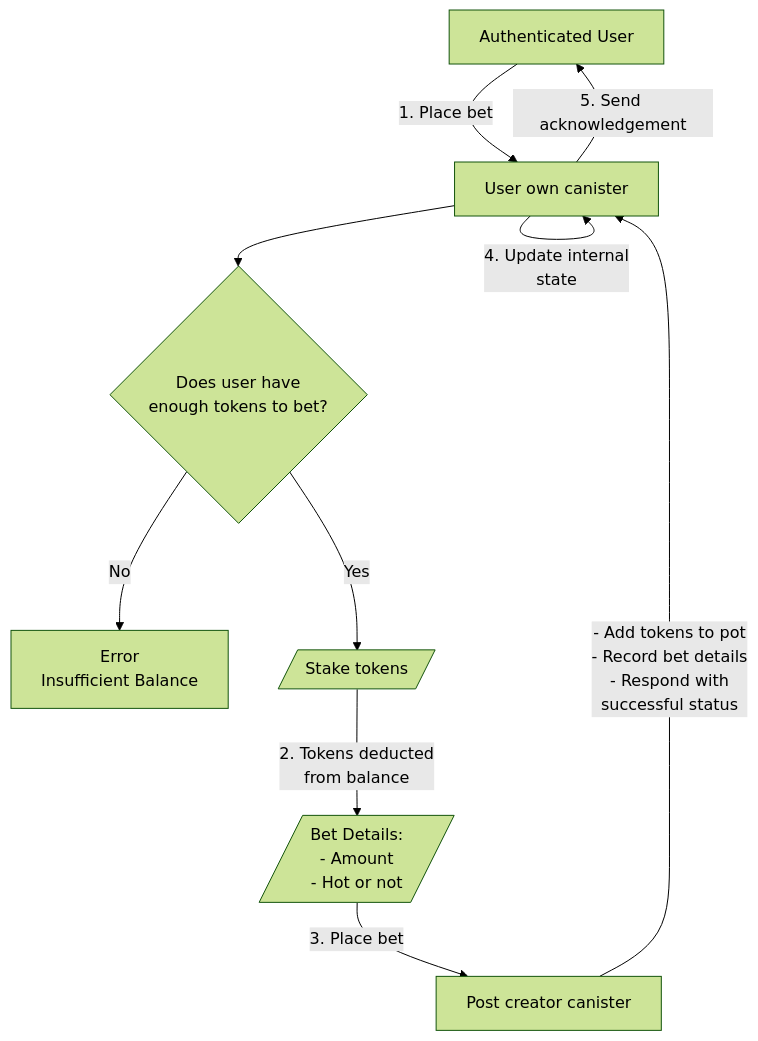
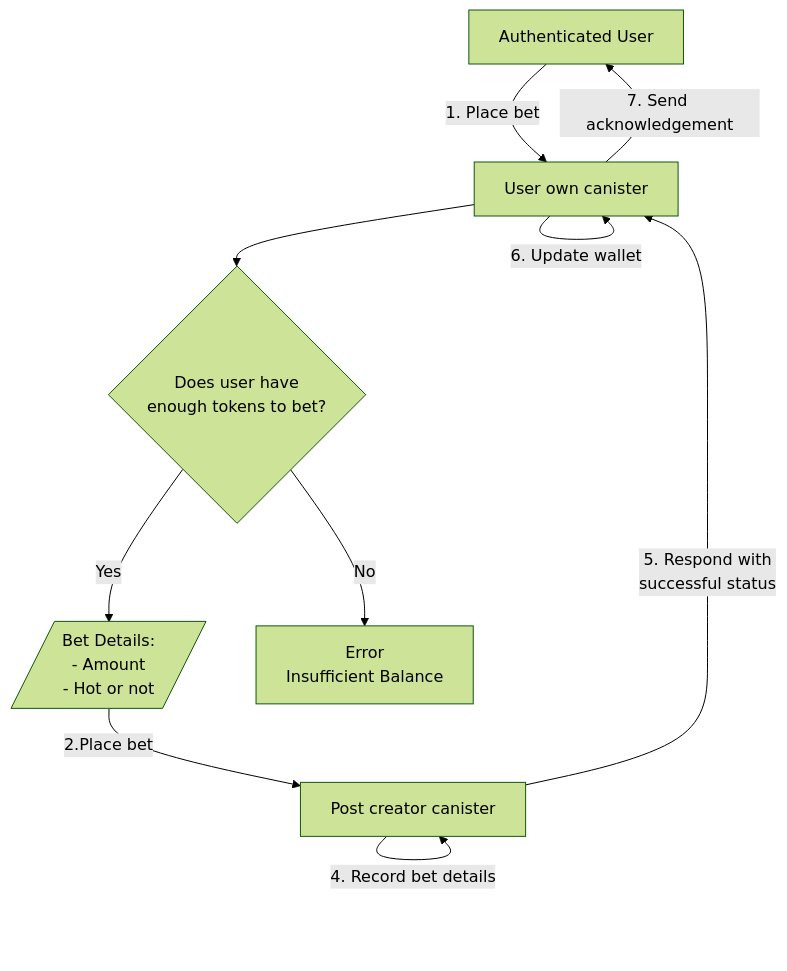
Before and after one commit to yral-dapp/hot-or-not-backend-canister: the third of 4 diagrams in src/canister/individual_user_template/src/api/hot_or_not_bet/hot_or_not_flow.md, drawn with Mermaid (forest theme). The commit also changed 2 other files, not shown here.

Commit message:
refactor: remove serde attributes

````diff
--- a/src/canister/individual_user_template/src/api/hot_or_not_bet/hot_or_not_flow.md
+++ b/src/canister/individual_user_template/src/api/hot_or_not_bet/hot_or_not_flow.md
@@ -58,20 +58,21 @@
 ```mermaid
 flowchart
   AuthenticatedUser[Authenticated User]
   BetDetails[/Bet Details: <br>- Amount <br>- Hot or not/]
   Error::InsufficientBalance[Error <br>Insufficient Balance]
   HasEnoughTokensToBet{Does user have <br>enough tokens to bet?}
   PostCreatorCanister[Post creator canister]
-  StakeTokens[/Stake tokens/]
   UserOwnCanister[User own canister]
 
   AuthenticatedUser -- 1. Place bet --> UserOwnCanister
   UserOwnCanister --> HasEnoughTokensToBet
   HasEnoughTokensToBet -- No --> Error::InsufficientBalance
-  HasEnoughTokensToBet -- Yes --> StakeTokens
-  StakeTokens -- 2. Tokens deducted <br>from balance --> BetDetails
-  BetDetails -- 3. Place bet --> PostCreatorCanister
-  PostCreatorCanister -- - Add tokens to pot <br>- Record bet details<br>- Respond with <br>successful status --> UserOwnCanister
-  UserOwnCanister -- 4. Update internal <br>state --> UserOwnCanister
-  UserOwnCanister -- 5. Send acknowledgement --> AuthenticatedUser
+  HasEnoughTokensToBet -- Yes --> BetDetails
+  BetDetails -- 2.Place bet  --> PostCreatorCanister
+  PostCreatorCanister -- 3. Add tokens to pot --> PostCreatorCanister
+  PostCreatorCanister -- 4. Record bet details --> PostCreatorCanister
+  PostCreatorCanister -- 5. Respond with <br>successful status --> UserOwnCanister
+  UserOwnCanister -- 5. Stake tokens --> UserOwnCanister
+  UserOwnCanister -- 6. Update wallet --> UserOwnCanister
+  UserOwnCanister -- 7. Send acknowledgement --> AuthenticatedUser
 ```
````
